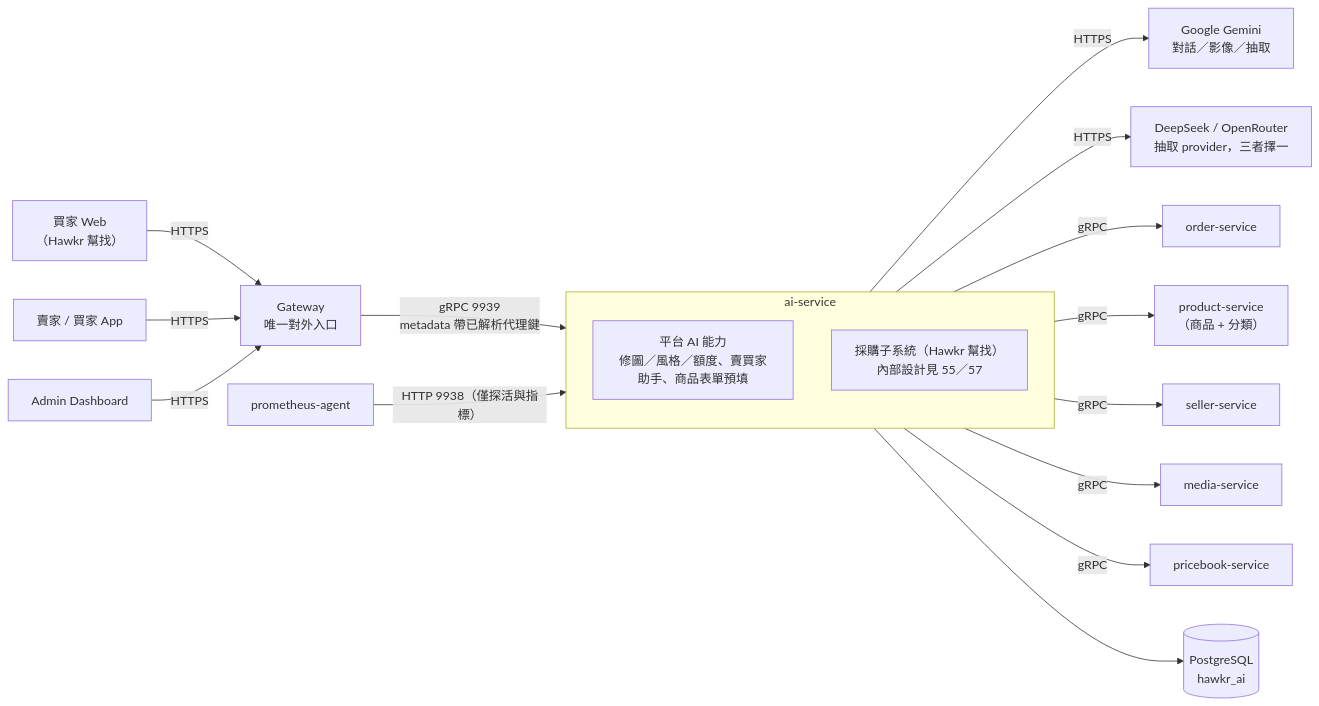
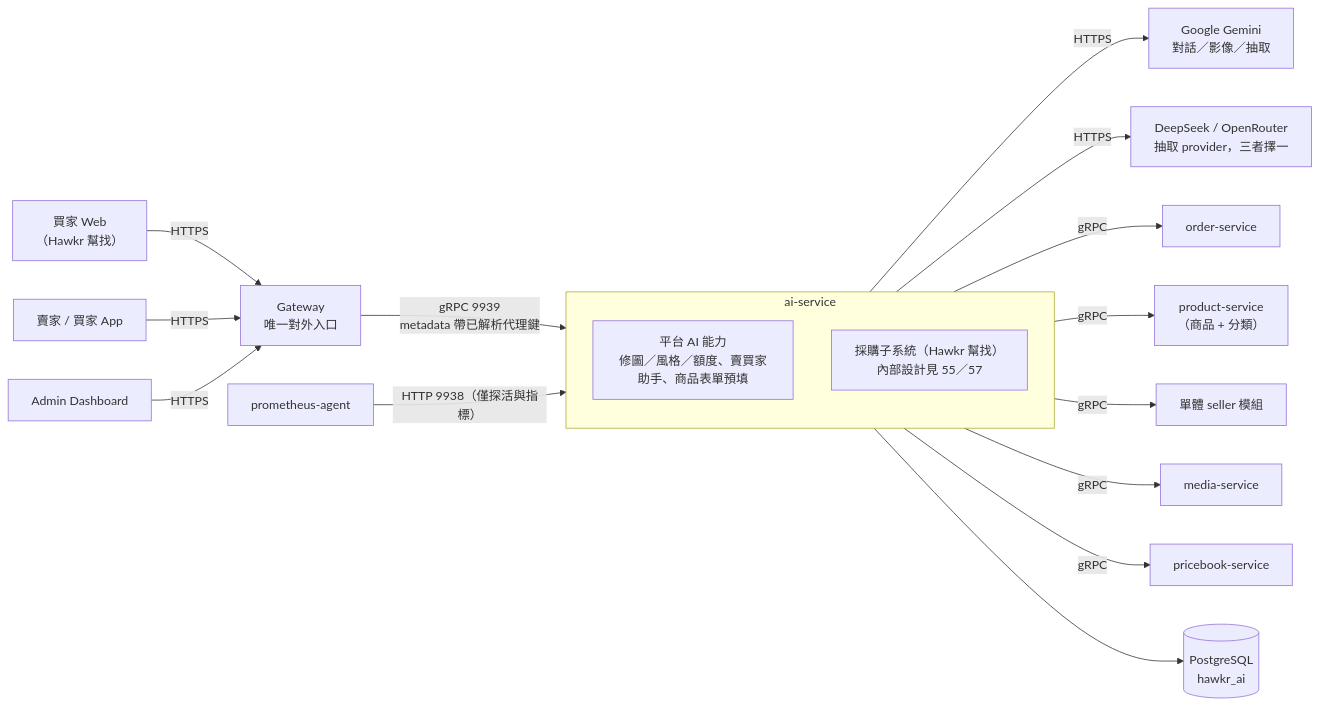
One commit to Will413028/hawkr changed the first of 6 diagrams in backend/docs/詳細設計書/15-AI 微服務（AI Service）詳細設計書.md. Above: the diagram before and after it, drawn with Mermaid. The commit also changed other lines of this file and 24 other files, not shown here.

````diff
--- a/backend/docs/詳細設計書/15-AI 微服務（AI Service）詳細設計書.md
+++ b/backend/docs/詳細設計書/15-AI 微服務（AI Service）詳細設計書.md
@@ -70,22 +70,22 @@
 ```mermaid
 flowchart LR
   WEB["買家 Web<br/>（Hawkr 幫找）"] -->|HTTPS| GW["Gateway<br/>唯一對外入口"]
   APP["賣家 / 買家 App"] -->|HTTPS| GW
   ADM["Admin Dashboard"] -->|HTTPS| GW
   GW -->|"gRPC 9939<br/>metadata 帶已解析代理鍵"| AI
 
   subgraph AI["ai-service"]
     CORE["平台 AI 能力<br/>修圖／風格／額度、賣買家助手、商品表單預填"]
     PROC["採購子系統（Hawkr 幫找）<br/>內部設計見 55／57"]
   end
 
   AI -->|HTTPS| GEMINI["Google Gemini<br/>對話／影像／抽取"]
   AI -->|HTTPS| ALT["DeepSeek / OpenRouter<br/>抽取 provider，三者擇一"]
   AI -->|gRPC| ORD["order-service"]
   AI -->|gRPC| PRD["product-service<br/>（商品 + 分類）"]
-  AI -->|gRPC| SLR["seller-service"]
+  AI -->|gRPC| SLR["單體 seller 模組"]
   AI -->|gRPC| MED["media-service"]
   AI -->|gRPC| PBK["pricebook-service"]
   AI --> DB[("PostgreSQL<br/>hawkr_ai")]
   PROM["prometheus-agent"] -->|"HTTP 9938（僅探活與指標）"| AI
 ```
````
